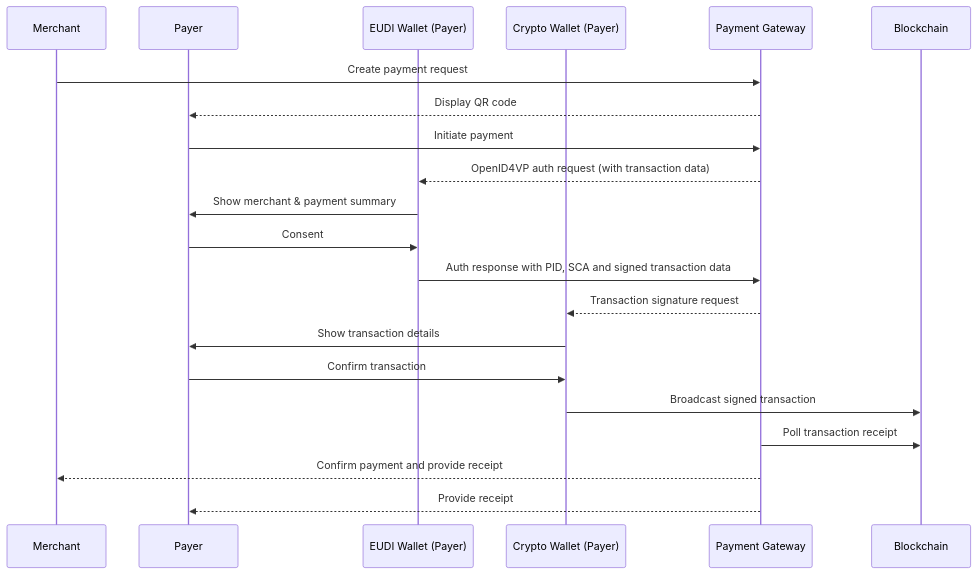
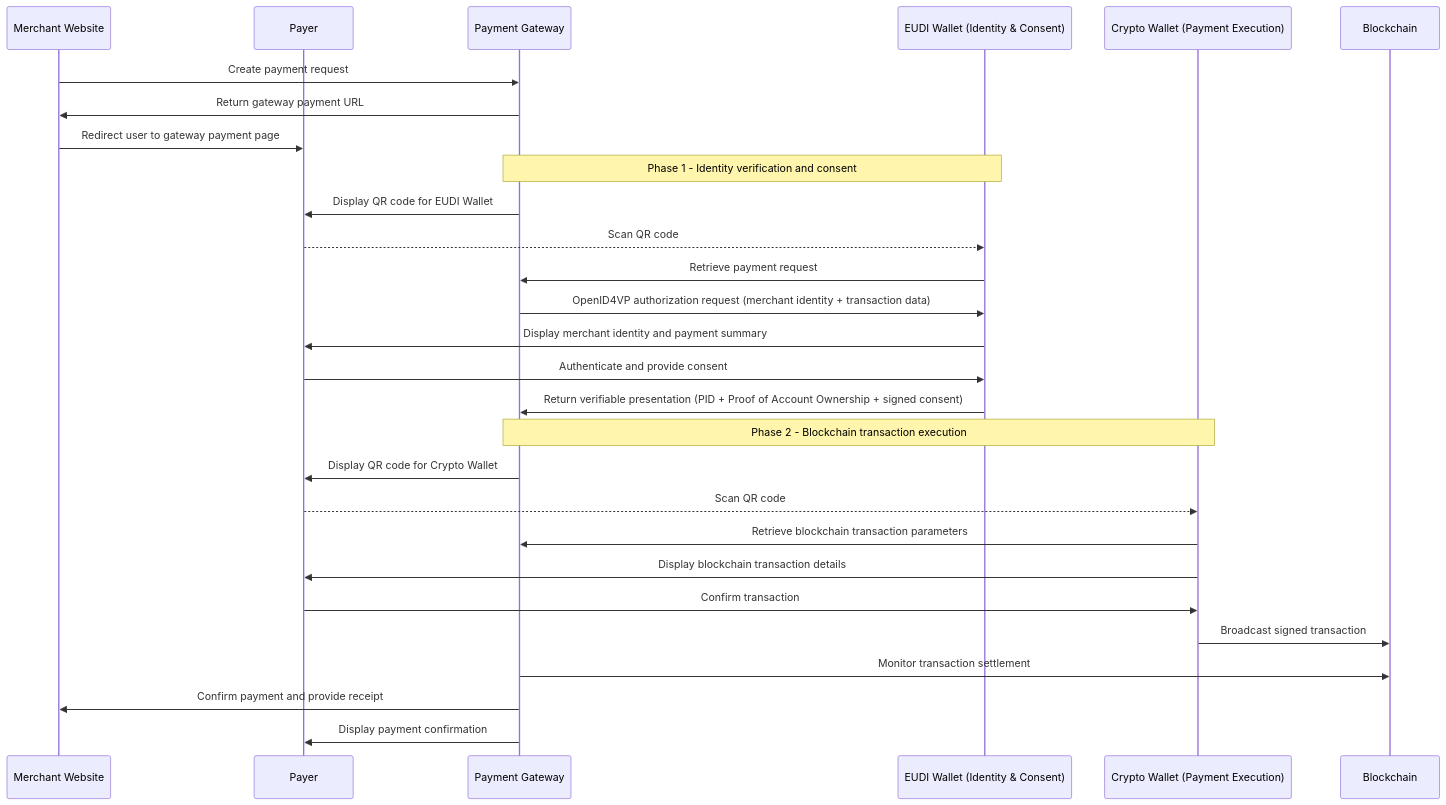
One commit to TalaoDAO/Web3IDPay changed the diagram in Secure_Crypto_P2M_EUDI_Use_Case.md. Above: the diagram before and after it, drawn with Mermaid. The commit also changed other lines of this file, not shown here.

Commit message:
update mermaid diagram

````diff
--- a/Secure_Crypto_P2M_EUDI_Use_Case.md
+++ b/Secure_Crypto_P2M_EUDI_Use_Case.md
@@ -376,27 +379,38 @@
 ```mermaid
 sequenceDiagram
-    participant Merchant as Merchant
+    participant Merchant as Merchant Website
     participant User as Payer
-    participant Wallet as EUDI Wallet (Payer)
-    participant Crypto as Crypto Wallet (Payer)
     participant Gateway as Payment Gateway
+    participant Wallet as EUDI Wallet (Identity & Consent)
+    participant Crypto as Crypto Wallet (Payment Execution)
     participant Blockchain as Blockchain
 
     Merchant->>Gateway: Create payment request
-    Gateway-->>User: Display QR code
-    User->>Gateway: Initiate payment
+    Gateway->>Merchant: Return gateway payment URL
+    Merchant->>User: Redirect user to gateway payment page
 
-    Gateway-->>Wallet: OpenID4VP auth request (with transaction data)
-    Wallet->>User: Show merchant & payment summary
-    User->>Wallet: Consent
-    Wallet->>Gateway: Auth response with PID, SCA and signed transaction data
+    Note over Gateway,Wallet: Phase 1 - Identity verification and consent
 
-    Gateway-->>Crypto: Transaction signature request
-    Crypto->>User: Show transaction details
+    Gateway->>User: Display QR code for EUDI Wallet
+    User-->>Wallet: Scan QR code
+    Wallet->>Gateway: Retrieve payment request
+
+    Gateway->>Wallet: OpenID4VP authorization request (merchant identity + transaction data)
+    Wallet->>User: Display merchant identity and payment summary
+    User->>Wallet: Authenticate and provide consent
+    Wallet->>Gateway: Return verifiable presentation (PID + Proof of Account Ownership + signed consent)
+
+    Note over Gateway,Crypto: Phase 2 - Blockchain transaction execution
+
+    Gateway->>User: Display QR code for Crypto Wallet
+    User-->>Crypto: Scan QR code
+    Crypto->>Gateway: Retrieve blockchain transaction parameters
+
+    Crypto->>User: Display blockchain transaction details
     User->>Crypto: Confirm transaction
     Crypto->>Blockchain: Broadcast signed transaction
 
-    Gateway->>Blockchain: Poll transaction receipt
-    Gateway-->>Merchant: Confirm payment and provide receipt
-    Gateway-->>User: Provide receipt
+    Gateway->>Blockchain: Monitor transaction settlement
+    Gateway->>Merchant: Confirm payment and provide receipt
+    Gateway->>User: Display payment confirmation
 ```
````
